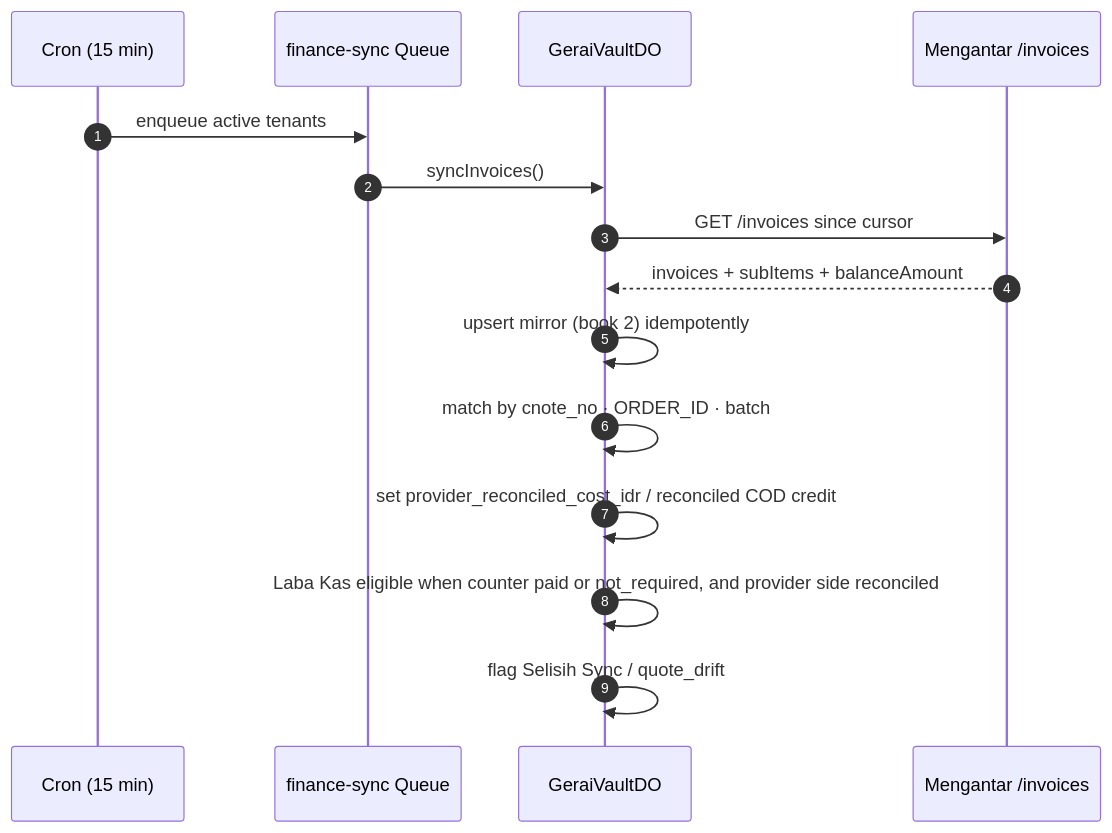
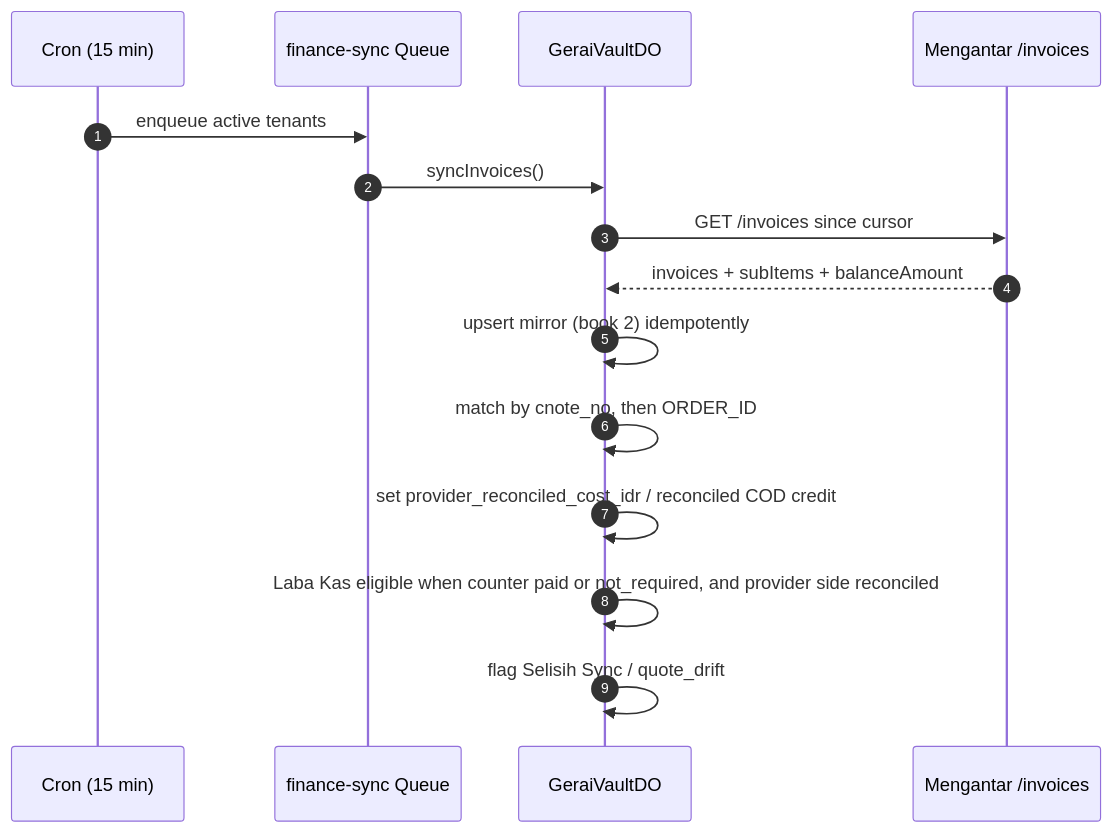
Before and after one commit to ongkipro/geraiexpress-cfv2: the eighth of 14 diagrams in docs/DIAGRAMS.md, drawn with Mermaid. The commit also changed other lines of this file and 45 other files, not shown here.

````diff
--- a/docs/DIAGRAMS.md
+++ b/docs/DIAGRAMS.md
@@ -416,17 +413,17 @@
 ```mermaid
 sequenceDiagram
     autonumber
     participant C as Cron (15 min)
     participant Q as finance-sync Queue
     participant V as GeraiVaultDO
     participant M as Mengantar /invoices
     C->>Q: enqueue active tenants
     Q->>V: syncInvoices()
     V->>M: GET /invoices since cursor
     M-->>V: invoices + subItems + balanceAmount
     V->>V: upsert mirror (book 2) idempotently
-    V->>V: match by cnote_no · ORDER_ID · batch
+    V->>V: match by cnote_no, then ORDER_ID
     V->>V: set provider_reconciled_cost_idr / reconciled COD credit
     V->>V: Laba Kas eligible when counter paid or not_required, and provider side reconciled
     V->>V: flag Selisih Sync / quote_drift
 ```
````
